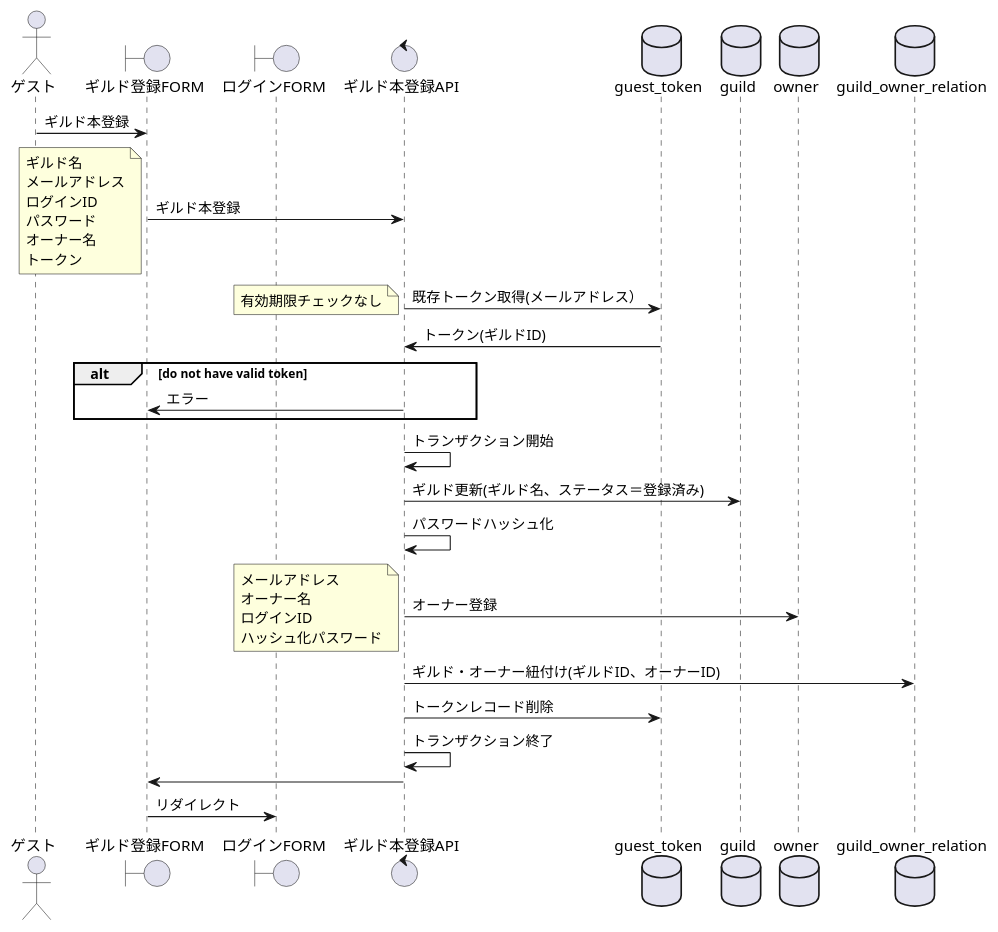
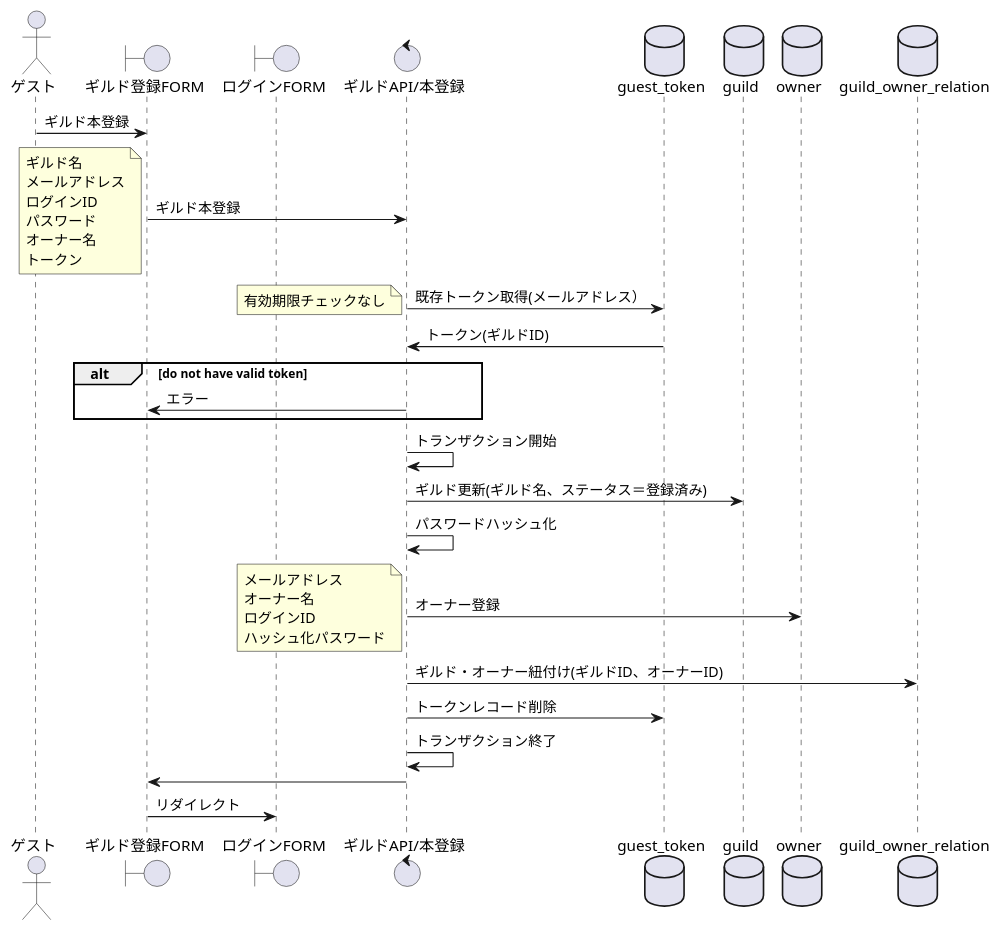
Before and after one commit to sky0621/familiagildo: the diagram in design/sequence/003_ギルドを本登録する.puml, drawn with PlantUML. The commit also changed 5 other files, not shown here.

```diff
--- a/design/sequence/003_ギルドを本登録する.puml
+++ b/design/sequence/003_ギルドを本登録する.puml
@@ -1,44 +1,44 @@
 @startuml
 
 actor ゲスト as guest
 boundary ギルド登録FORM as page1
 boundary ログインFORM as page2
-control ギルド本登録API as api
+control "ギルドAPI/本登録" as api
 database guest_token
 database guild
 database owner
 database guild_owner_relation as rel
 
 guest -> page1:ギルド本登録
 page1 -> api:ギルド本登録
 note left
 ギルド名
 メールアドレス
 ログインID
 パスワード
 オーナー名
 トークン
 end note
 api -> guest_token:既存トークン取得(メールアドレス）
 note left: 有効期限チェックなし
 guest_token -> api:トークン(ギルドID)
 alt do not have valid token
 api -> page1:エラー
 end
 api -> api:トランザクション開始
 api -> guild:ギルド更新(ギルド名、ステータス＝登録済み)
 api -> api:パスワードハッシュ化
 api -> owner:オーナー登録
 note left
 メールアドレス
 オーナー名
 ログインID
 ハッシュ化パスワード
 end note
 api -> rel:ギルド・オーナー紐付け(ギルドID、オーナーID)
 api -> guest_token:トークンレコード削除
 api -> api:トランザクション終了
 api -> page1
 page1 -> page2:リダイレクト
 
 @enduml
```
